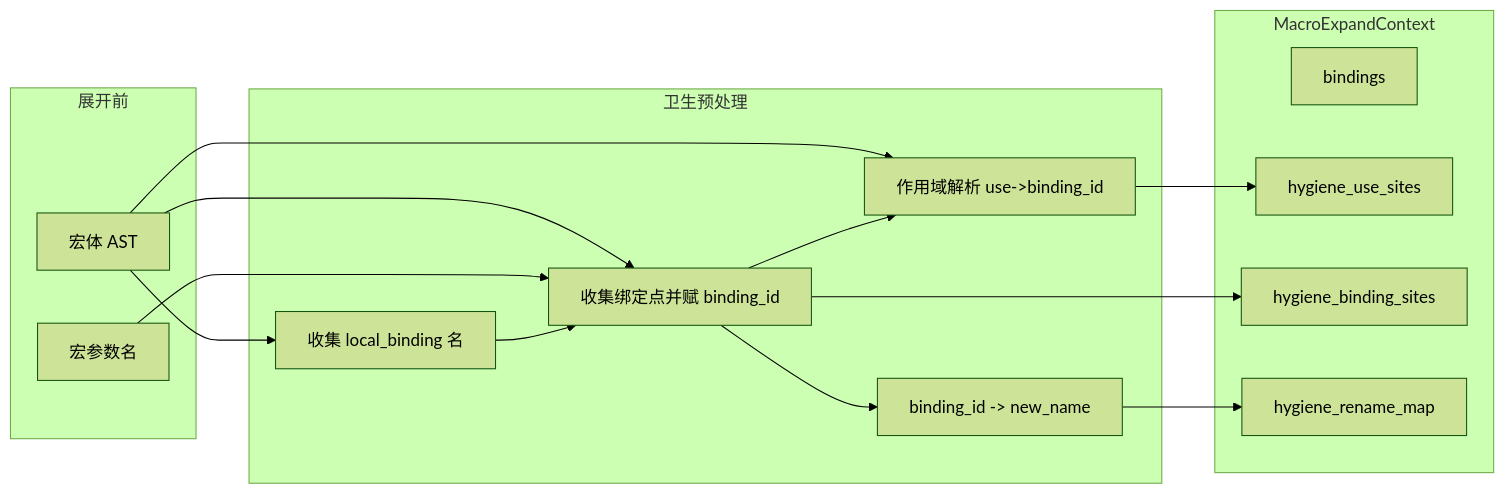
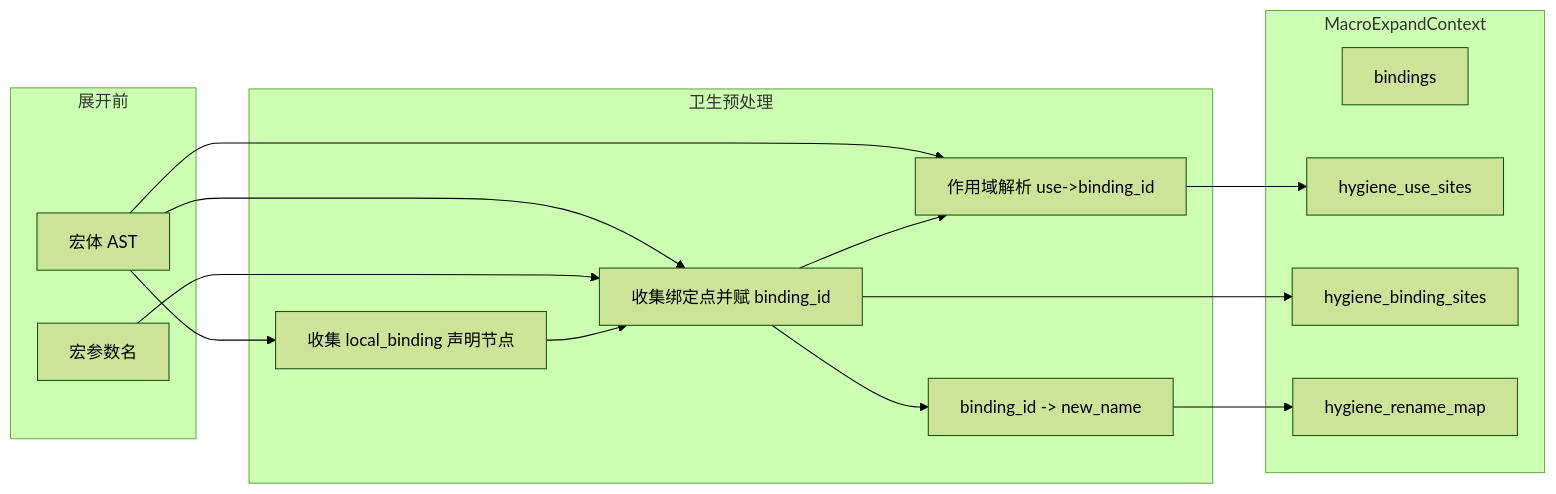
One commit to asolutionlab/uya-slim changed the diagram in .cursor/plans/uya_卫生宏实现_f4c45e4f.plan.md. Above: the diagram before and after it, drawn with Mermaid (forest theme). The commit also changed other lines of this file and 2 other files, not shown here.

````diff
--- a/.cursor/plans/uya_卫生宏实现_f4c45e4f.plan.md
+++ b/.cursor/plans/uya_卫生宏实现_f4c45e4f.plan.md
@@ -63,29 +64,29 @@
 ```mermaid
 flowchart LR
   subgraph before [展开前]
     Body[宏体 AST]
     Params[宏参数名]
   end
   subgraph hygiene [卫生预处理]
-    LocalNames[收集 local_binding 名]
+    LocalNames[收集 local_binding 声明节点]
     Bindings[收集绑定点并赋 binding_id]
     Scope[作用域解析 use->binding_id]
     RenameMap[binding_id -> new_name]
   end
   subgraph ctx [MacroExpandContext]
     Bindings_ctx[bindings]
     UseSites[hygiene_use_sites]
     BindingSites[hygiene_binding_sites]
     RenameMap_ctx[hygiene_rename_map]
   end
   Body --> LocalNames
   Body --> Bindings
   Params --> Bindings
   LocalNames --> Bindings
   Bindings --> RenameMap
   Body --> Scope
   Bindings --> Scope
   Scope --> UseSites
   Bindings --> BindingSites
   RenameMap --> RenameMap_ctx
 ```
````
